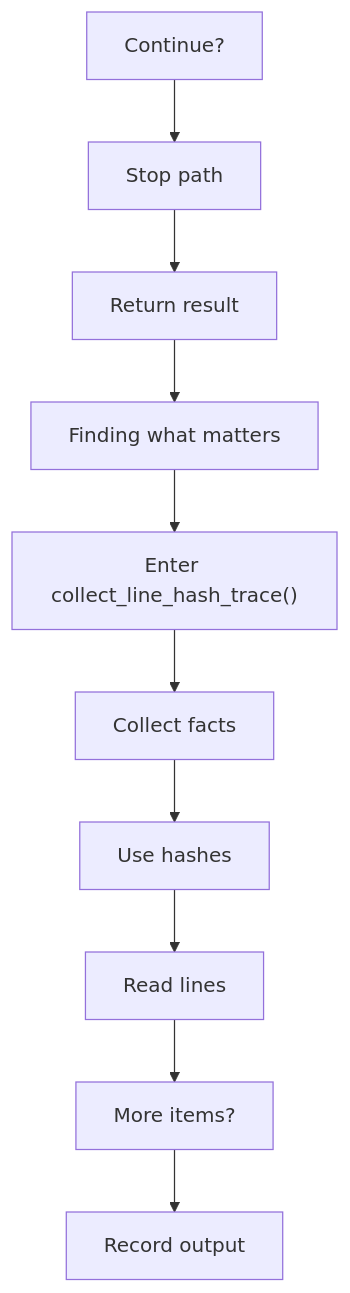
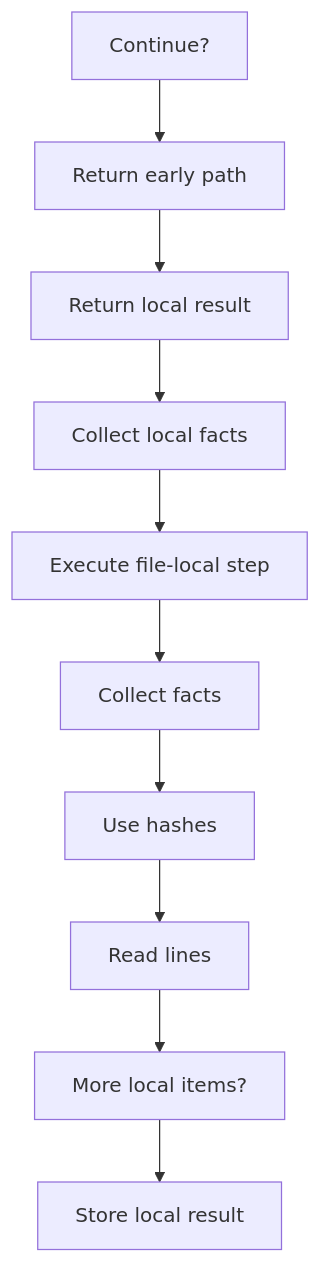
The third of 10 diagrams in docs/Codebase/Microservice/Modules/Source/Trees/ClassGeneration/Actual/Internal/registry.cpp.md (JohnAndrewBalbarosa/NeoTerritory), drawn with Mermaid before and after one commit. The commit also changed other lines of this file and 915 other files, not shown here.

````diff
--- a/docs/Codebase/Microservice/Modules/Source/Trees/ClassGeneration/Actual/Internal/registry.cpp.md
+++ b/docs/Codebase/Microservice/Modules/Source/Trees/ClassGeneration/Actual/Internal/registry.cpp.md
@@ -82,22 +81,22 @@
 ```mermaid
 flowchart TD
     N0["Continue?"]
-    N1["Stop path"]
-    N2["Return result"]
-    N3["Finding what matters"]
-    N4["Enter collect_line_hash_trace()"]
+    N1["Return early path"]
+    N2["Return local result"]
+    N3["Collect local facts"]
+    N4["Execute file-local step"]
     N5["Collect facts"]
     N6["Use hashes"]
     N7["Read lines"]
-    N8["More items?"]
-    N9["Record output"]
+    N8["More local items?"]
+    N9["Store local result"]
     N0 --> N1
     N1 --> N2
     N2 --> N3
     N3 --> N4
     N4 --> N5
     N5 --> N6
     N6 --> N7
     N7 --> N8
     N8 --> N9
 ```
````
